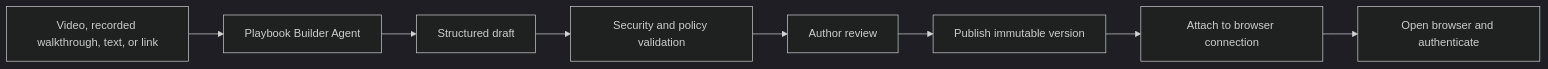
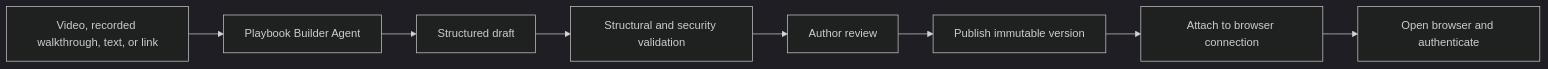
Before and after one commit to chigozzdevv/uumi: the first of 4 diagrams in firekey.md, drawn with Mermaid (dark theme). The commit also changed other lines of this file and 119 other files, not shown here.

````diff
--- a/firekey.md
+++ b/firekey.md
@@ -526,10 +506,10 @@
 ```mermaid
 flowchart LR
     A["Video, recorded walkthrough, text, or link"] --> B["Playbook Builder Agent"]
     B --> C["Structured draft"]
-    C --> D["Security and policy validation"]
+    C --> D["Structural and security validation"]
     D --> E["Author review"]
     E --> F["Publish immutable version"]
     F --> G["Attach to browser connection"]
     G --> H["Open browser and authenticate"]
 ```
````
